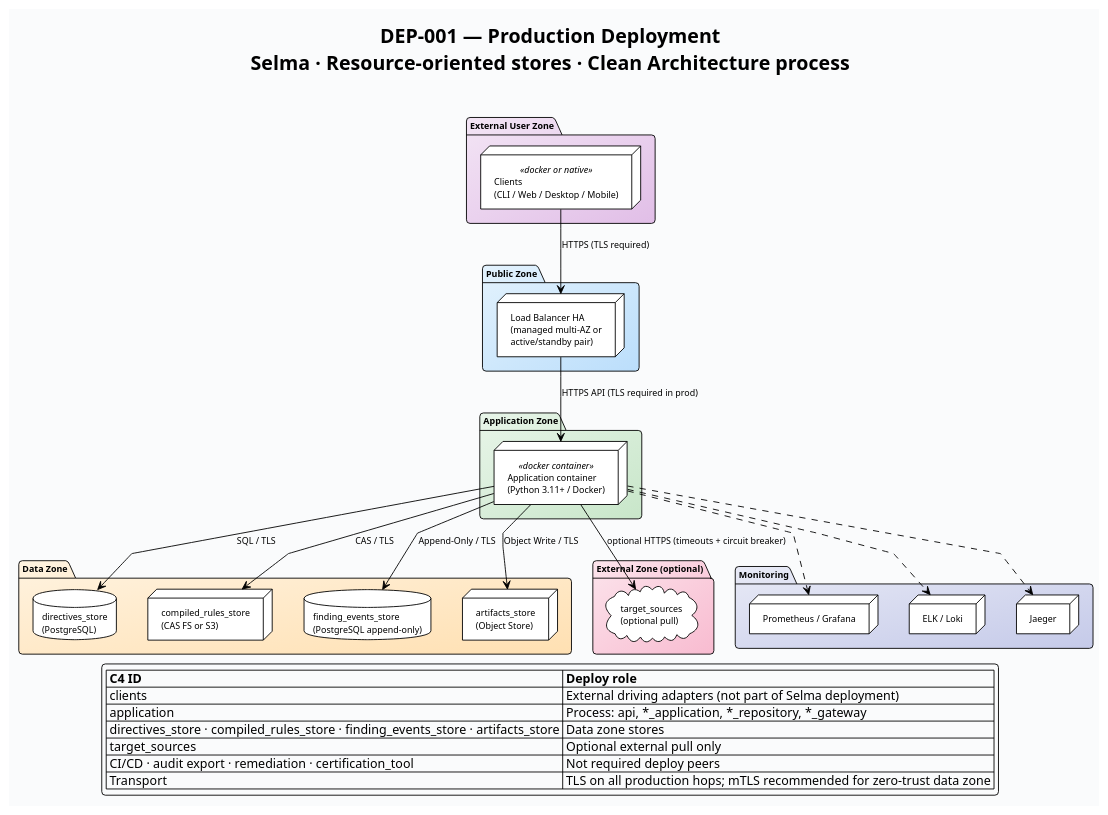
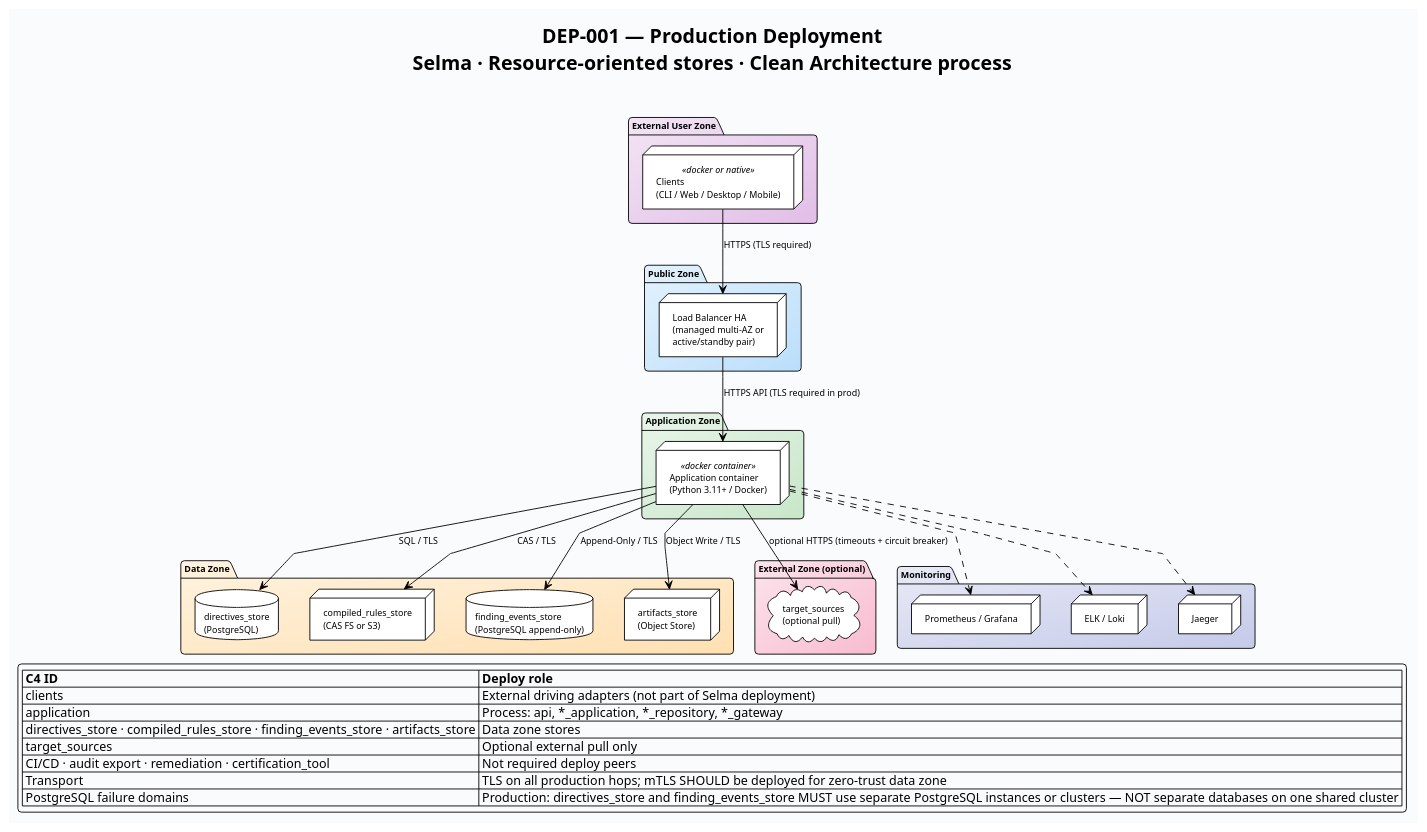
One commit to salimnamvar/selma changed the diagram in docs/deployment/dep_001_production.puml. Above: the diagram before and after it, drawn with PlantUML.

Commit message:
fix(deployment): annotate PostgreSQL failure-domain separation on DEP-001
Add legend row clarifying production MUST use separate PostgreSQL instances/clusters for directives_store and finding_events_store, never separate databases on a shared cluster; align mTLS wording with the strengthened deployment contract. (#AUDIT-PILLAR-06-001)

```diff
--- a/docs/deployment/dep_001_production.puml
+++ b/docs/deployment/dep_001_production.puml
@@ -6,64 +6,65 @@
 @startuml dep_001_production
 title **DEP-001 — Production Deployment**\nSelma · Resource-oriented stores · Clean Architecture process\n
 
 !theme plain
 skinparam linetype polyline
 skinparam defaultFontName Arial
 skinparam defaultFontSize 10
 skinparam shadowing false
 skinparam roundCorner 8
 skinparam backgroundColor #FAFBFC
 
 package "External User Zone" as USER_ZONE #F3E5F5/E1BEE7 {
     node "Clients\n(CLI / Web / Desktop / Mobile)" as CLIENTS <<docker or native>>
 }
 
 package "Public Zone" as PUBLIC_ZONE #E3F2FD/BBDEFB {
     node "Load Balancer HA\n(managed multi-AZ or\nactive/standby pair)" as LOAD_BALANCER
 }
 
 package "Application Zone" as APP_ZONE #E8F5E9/C8E6C9 {
     node "Application container\n(Python 3.11+ / Docker)" as APP <<docker container>>
 }
 
 package "Data Zone" as DATA_ZONE #FFF3E0/FFE0B2 {
     database "directives_store\n(PostgreSQL)" as DIRECTIVES
     node "compiled_rules_store\n(CAS FS or S3)" as COMPILED
     database "finding_events_store\n(PostgreSQL append-only)" as EVENTS
     node "artifacts_store\n(Object Store)" as ARTIFACTS
 }
 
 package "External Zone (optional)" as EXT_ZONE #FCE4EC/F8BBD0 {
     cloud "target_sources\n(optional pull)" as TARGETS
 }
 
 package "Monitoring" as MON #E8EAF6/C5CAE9 {
     node "Prometheus / Grafana" as PROM
     node "ELK / Loki" as ELK
     node "Jaeger" as JAEGER
 }
 
 CLIENTS --> LOAD_BALANCER : HTTPS (TLS required)
 LOAD_BALANCER --> APP : HTTPS API (TLS required in prod)
 
 APP --> DIRECTIVES : SQL / TLS
 APP --> COMPILED : CAS / TLS
 APP --> EVENTS : Append-Only / TLS
 APP --> ARTIFACTS : Object Write / TLS
 APP --> TARGETS : optional HTTPS (timeouts + circuit breaker)
 
 APP ..> PROM
 APP ..> ELK
 APP ..> JAEGER
 
 legend bottom
   |= C4 ID |= Deploy role |
   | clients | External driving adapters (not part of Selma deployment) |
   | application | Process: api, *_application, *_repository, *_gateway |
   | directives_store · compiled_rules_store · finding_events_store · artifacts_store | Data zone stores |
   | target_sources | Optional external pull only |
   | CI/CD · audit export · remediation · certification_tool | Not required deploy peers |
-  | Transport | TLS on all production hops; mTLS recommended for zero-trust data zone |
+  | Transport | TLS on all production hops; mTLS SHOULD be deployed for zero-trust data zone |
+  | PostgreSQL failure domains | Production: directives_store and finding_events_store MUST use separate PostgreSQL instances or clusters — NOT separate databases on one shared cluster |
 endlegend
 
 @enduml
```
